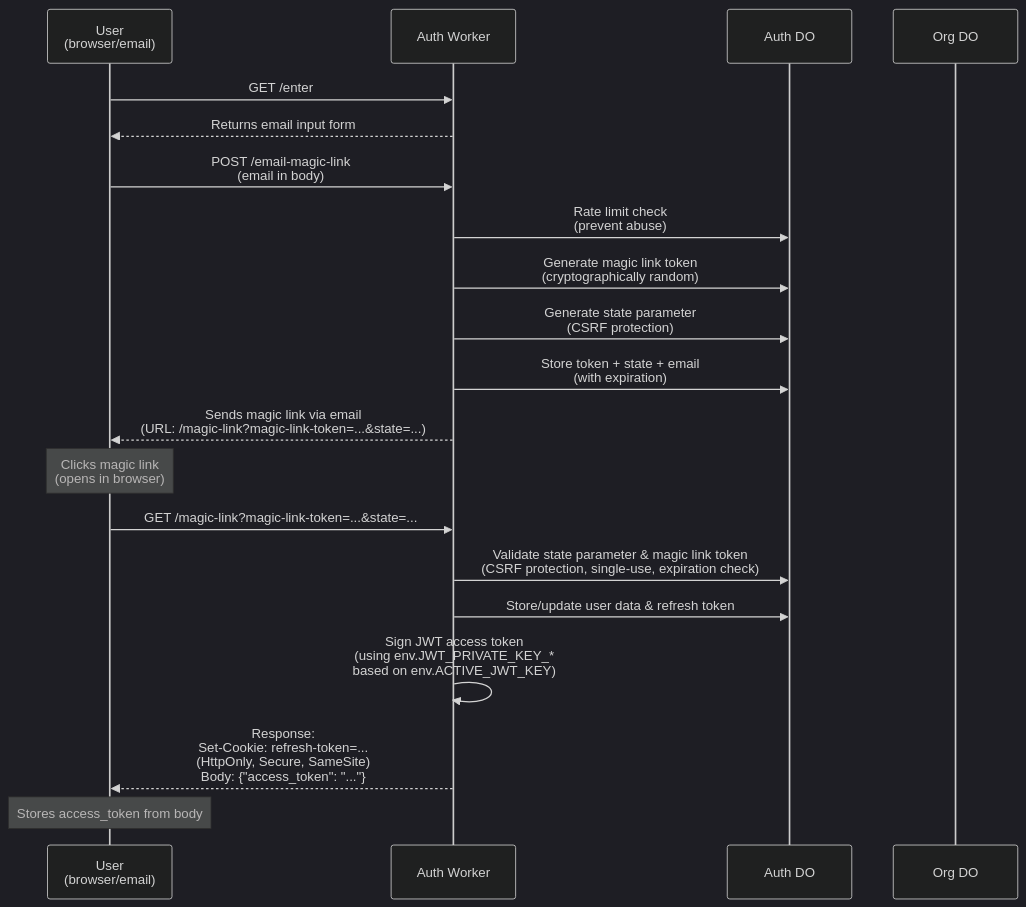
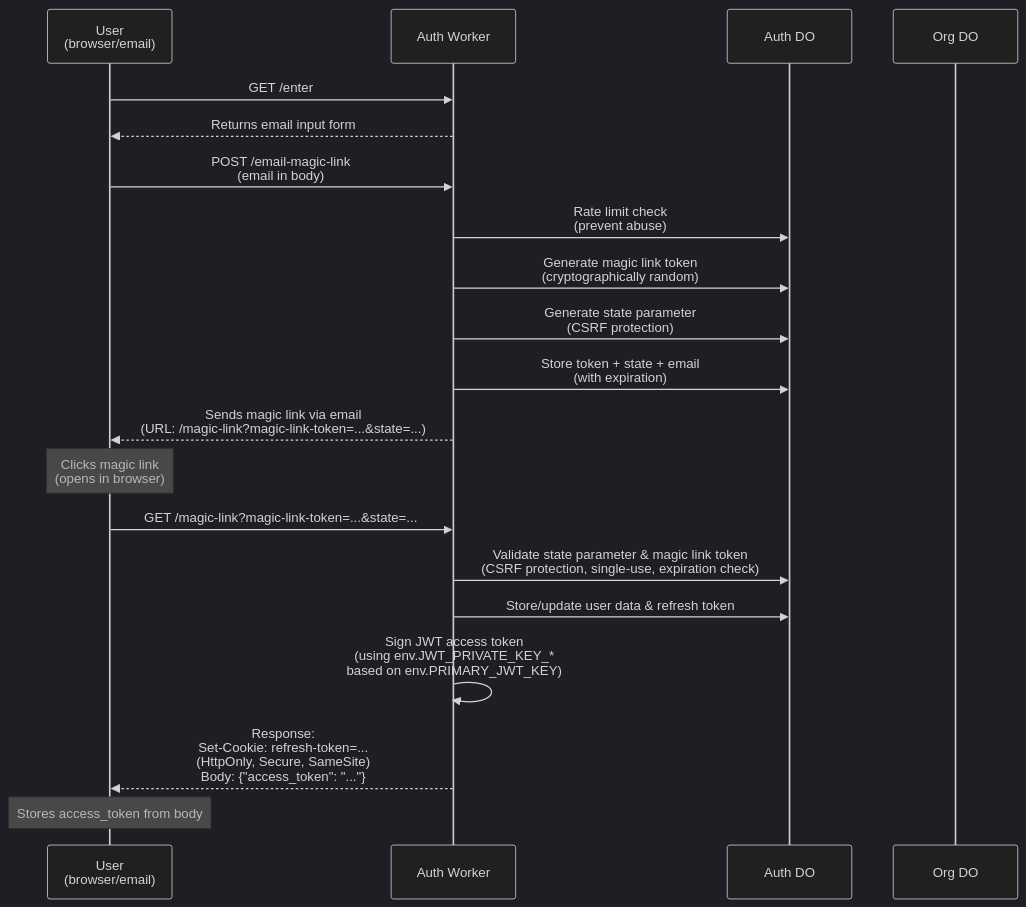
One commit to lumenize/lumenize changed the first of 4 diagrams in tasks/archive/auth.md. Above: the diagram before and after it, drawn with Mermaid (dark theme). The commit also changed other lines of this file and 20 other files, not shown here.

Commit message:
Switched getting-started.test.ts to using actual login flow. In the coarse of doing that found and fixed multiple bugs in utils, auth, and mesh packages. Also split getting-started.test.ts into many smaller files.

````diff
--- a/tasks/archive/auth.md
+++ b/tasks/archive/auth.md
@@ -119,27 +119,27 @@
 ```mermaid
 sequenceDiagram
     participant User as User<br/>(browser/email)
     participant AuthWorker as Auth Worker
     participant AuthDO as Auth DO
     participant Org as Org DO
 
     User->>AuthWorker: GET /enter
     AuthWorker-->>User: Returns email input form
 
     User->>AuthWorker: POST /email-magic-link<br/>(email in body)
     AuthWorker->>AuthDO: Rate limit check<br/>(prevent abuse)
     AuthWorker->>AuthDO: Generate magic link token<br/>(cryptographically random)
     AuthWorker->>AuthDO: Generate state parameter<br/>(CSRF protection)
     AuthWorker->>AuthDO: Store token + state + email<br/>(with expiration)
     AuthWorker-->>User: Sends magic link via email<br/>(URL: /magic-link?magic-link-token=...&state=...)
 
     Note over User: Clicks magic link<br/>(opens in browser)
     User->>AuthWorker: GET /magic-link?magic-link-token=...&state=...
     AuthWorker->>AuthDO: Validate state parameter & magic link token<br/>(CSRF protection, single-use, expiration check)
 
     AuthWorker->>AuthDO: Store/update user data & refresh token
-    AuthWorker->>AuthWorker: Sign JWT access token<br/>(using env.JWT_PRIVATE_KEY_*<br/>based on env.ACTIVE_JWT_KEY)
+    AuthWorker->>AuthWorker: Sign JWT access token<br/>(using env.JWT_PRIVATE_KEY_*<br/>based on env.PRIMARY_JWT_KEY)
     AuthWorker-->>User: Response:<br/>Set-Cookie: refresh-token=...<br/>(HttpOnly, Secure, SameSite)<br/>Body: {"access_token": "..."}
 
     Note over User: Stores access_token from body
 ```
````
